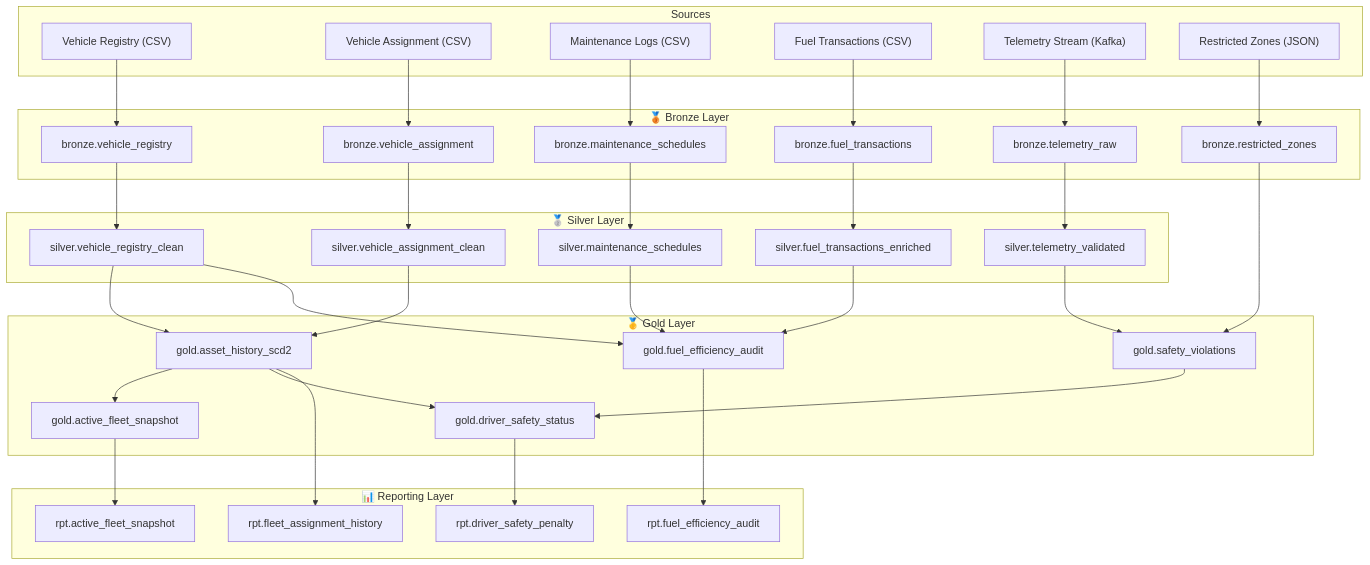
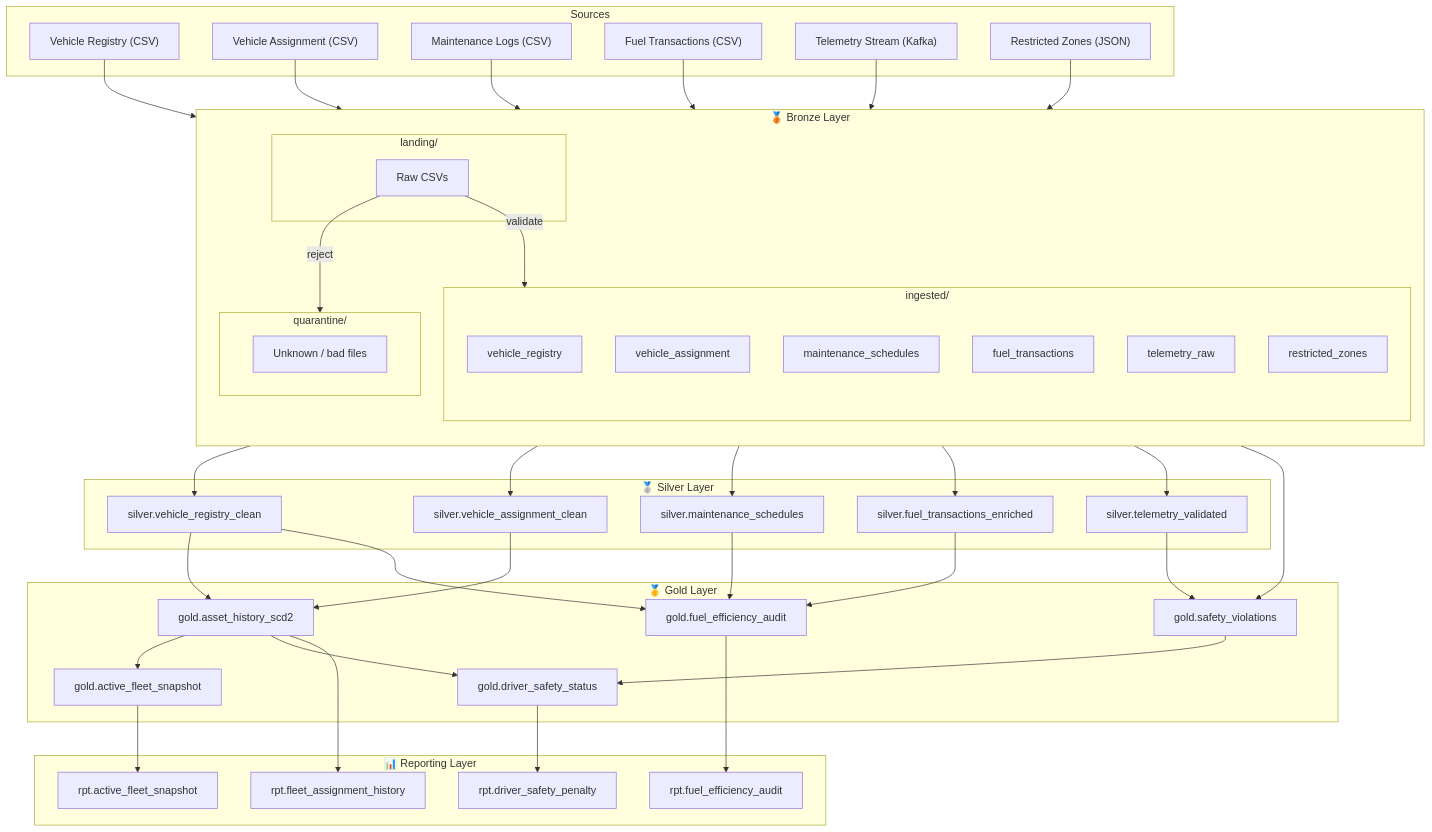
The first of 3 diagrams in docs/medallion_architecture.md (hardikkothari2023/omniroute), drawn with Mermaid before and after one commit. The commit also changed other lines of this file and 2 other files, not shown here.

Commit message:
Bronze layer finalized + daily batch DAG updates

````diff
--- a/docs/medallion_architecture.md
+++ b/docs/medallion_architecture.md
@@ -70,66 +73,82 @@
 ```mermaid
 flowchart TD
     subgraph Sources
         S1["Vehicle Registry (CSV)"]
         S2["Vehicle Assignment (CSV)"]
         S3["Maintenance Logs (CSV)"]
         S4["Fuel Transactions (CSV)"]
         S5["Telemetry Stream (Kafka)"]
         S6["Restricted Zones (JSON)"]
     end
 
     subgraph Bronze["🥉 Bronze Layer"]
-        B1["bronze.vehicle_registry"]
-        B2["bronze.vehicle_assignment"]
-        B3["bronze.maintenance_schedules"]
-        B4["bronze.fuel_transactions"]
-        B5["bronze.telemetry_raw"]
-        B6["bronze.restricted_zones"]
+        direction TB
+        subgraph Landing["landing/"]
+            L1["Raw CSVs"]
+        end
+        subgraph Ingested["ingested/"]
+            B1["vehicle_registry"]
+            B2["vehicle_assignment"]
+            B3["maintenance_schedules"]
+            B4["fuel_transactions"]
+            B5["telemetry_raw"]
+            B6["restricted_zones"]
+        end
+        subgraph Quarantine["quarantine/"]
+            Q1["Unknown / bad files"]
+        end
+        L1 -->|validate| Ingested
+        L1 -->|reject| Quarantine
     end
 
     subgraph Silver["🥈 Silver Layer"]
         V1["silver.vehicle_registry_clean"]
         V2["silver.vehicle_assignment_clean"]
         V3["silver.maintenance_schedules"]
         V4["silver.fuel_transactions_enriched"]
         V5["silver.telemetry_validated"]
     end
 
     subgraph Gold["🥇 Gold Layer"]
         G1["gold.asset_history_scd2"]
         G2["gold.fuel_efficiency_audit"]
         G3["gold.active_fleet_snapshot"]
         G4["gold.safety_violations"]
         G5["gold.driver_safety_status"]
     end
 
     subgraph Reporting["📊 Reporting Layer"]
         R1["rpt.fleet_assignment_history"]
         R2["rpt.fuel_efficiency_audit"]
         R3["rpt.active_fleet_snapshot"]
         R4["rpt.driver_safety_penalty"]
     end
 
-    S1 --> B1 --> V1
-    S2 --> B2 --> V2
-    S3 --> B3 --> V3
-    S4 --> B4 --> V4
-    S5 --> B5 --> V5
+    S1 --> L1
+    S2 --> L1
+    S3 --> L1
+    S4 --> L1
+    S5 --> B5
     S6 --> B6
+    B1 --> V1
+    B2 --> V2
+    B3 --> V3
+    B4 --> V4
+    B5 --> V5
 
     V1 --> G1
     V2 --> G1
     V1 --> G2
     V4 --> G2
     V3 --> G2
     G1 --> G3
     V5 --> G4
     B6 --> G4
     G4 --> G5
     G1 --> G5
 
     G1 --> R1
     G2 --> R2
     G3 --> R3
     G5 --> R4
 ```
````
